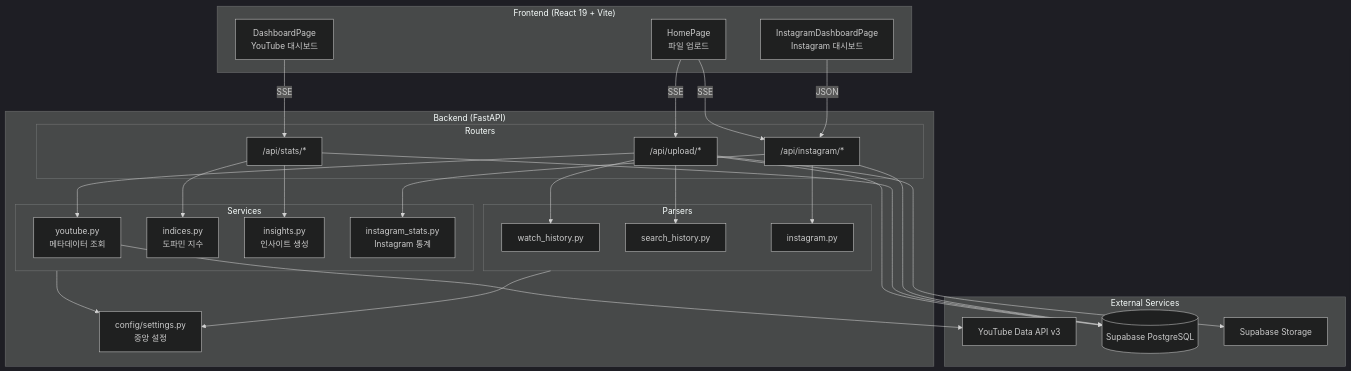
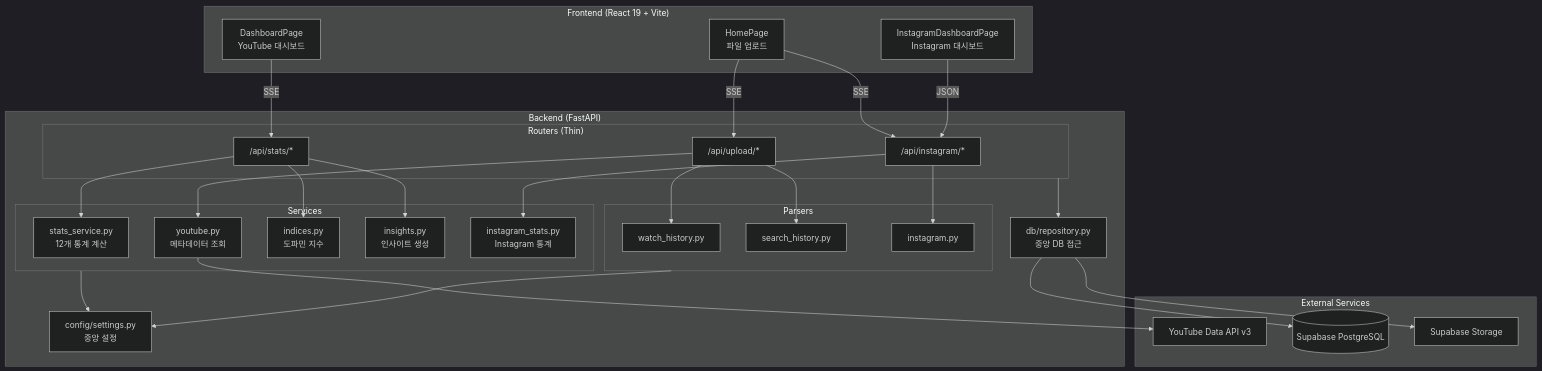
Before and after one commit to WonjunJoe/WatchLens: the first of 3 diagrams in docs/architecture.md, drawn with Mermaid (dark theme). The commit also changed other lines of this file and 1 other file, not shown here.

First line of the commit message:
docs: update architecture document to reflect refactoring

````diff
--- a/docs/architecture.md
+++ b/docs/architecture.md
@@ -13,51 +13,53 @@
 ```mermaid
 graph TB
     subgraph Frontend["Frontend (React 19 + Vite)"]
         HP[HomePage<br/>파일 업로드]
         DP[DashboardPage<br/>YouTube 대시보드]
         IP[InstagramDashboardPage<br/>Instagram 대시보드]
     end
 
     subgraph Backend["Backend (FastAPI)"]
-        subgraph Routers
+        subgraph Routers["Routers (Thin)"]
             UR["/api/upload/*"]
             SR["/api/stats/*"]
             IR["/api/instagram/*"]
         end
         subgraph Parsers
             WP[watch_history.py]
             SP[search_history.py]
             IGP[instagram.py]
         end
         subgraph Services
+            SS[stats_service.py<br/>12개 통계 계산]
             YS[youtube.py<br/>메타데이터 조회]
             IS[indices.py<br/>도파민 지수]
             INS[insights.py<br/>인사이트 생성]
             IGS[instagram_stats.py<br/>Instagram 통계]
         end
+        REPO[db/repository.py<br/>중앙 DB 접근]
         CFG[config/settings.py<br/>중앙 설정]
     end
 
     subgraph External["External Services"]
         YTAPI[YouTube Data API v3]
         SBDB[(Supabase PostgreSQL)]
         SBS[Supabase Storage]
     end
 
     HP -- "SSE" --> UR
     HP -- "SSE" --> IR
     DP -- "SSE" --> SR
     IP -- "JSON" --> IR
 
     UR --> WP & SP
     UR --> YS
-    IR --> IGP
-    IR --> IGS
-    SR --> IS & INS
+    SR --> SS & IS & INS
+    IR --> IGP & IGS
 
+    Routers --> REPO
+    REPO --> SBDB
+    REPO --> SBS
     YS --> YTAPI
-    UR & SR & IR --> SBDB
-    UR --> SBS
     Services --> CFG
     Parsers --> CFG
 ```
````
